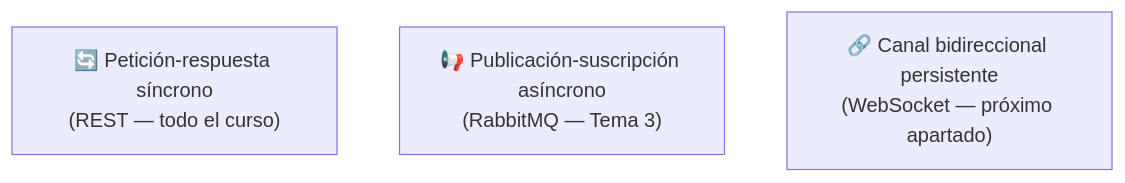
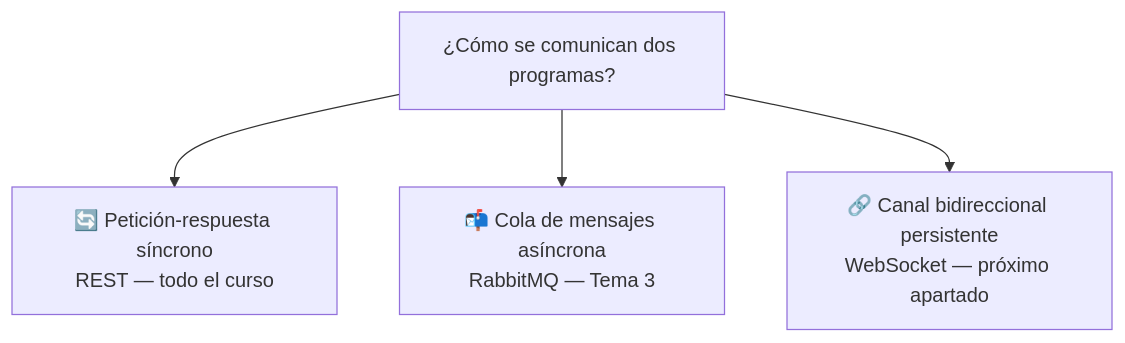
One commit to aitorventura/programacion-servicios-procesos changed the sixth of 6 diagrams in docs/tema4/sockets-cliente-servidor.md. Above: the diagram before and after it, drawn with Mermaid. The commit also changed other lines of this file and 5 other files, not shown here.

First line of the commit message:
Mejoras de teoria: Tema 4 PSP, con revision en profundidad del primer apartado y Actividad 4.1

````diff
--- a/docs/tema4/sockets-cliente-servidor.md
+++ b/docs/tema4/sockets-cliente-servidor.md
@@ -52,6 +180,7 @@
 ```mermaid
 flowchart TB
-    A["🔄 Petición-respuesta síncrono<br/>(REST — todo el curso)"]
-    B["📢 Publicación-suscripción asíncrono<br/>(RabbitMQ — Tema 3)"]
-    C["🔗 Canal bidireccional persistente<br/>(WebSocket — próximo apartado)"]
+    Q["¿Cómo se comunican dos programas?"]
+    Q --> A["🔄 Petición-respuesta síncrono<br/>REST — todo el curso"]
+    Q --> B["📬 Cola de mensajes asíncrona<br/>RabbitMQ — Tema 3"]
+    Q --> C["🔗 Canal bidireccional persistente<br/>WebSocket — próximo apartado"]
 ```
````
